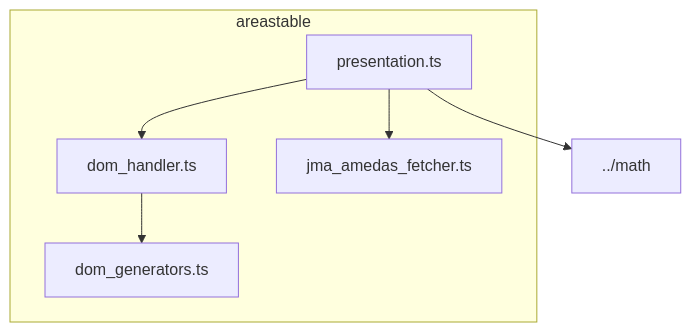
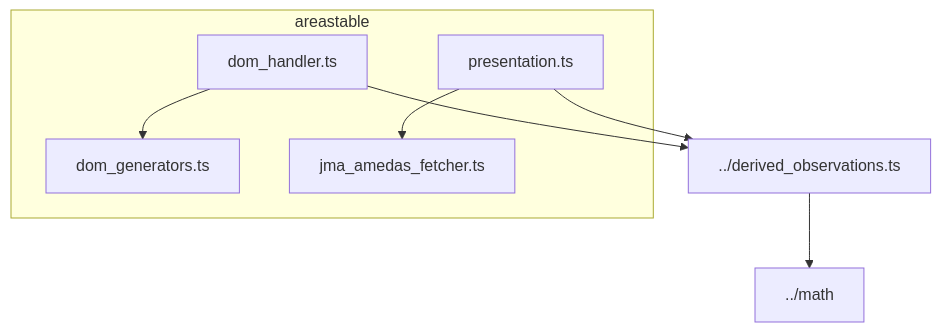
The diagram in src/jma/areastable/README.md (kasutera/enhance_jma_amedas), drawn with Mermaid before and after one commit. The commit also changed other lines of this file and 16 other files, not shown here.

````diff
--- a/src/jma/areastable/README.md
+++ b/src/jma/areastable/README.md
@@ -33,14 +33,15 @@
 ```mermaid
 graph TD
   subgraph areastable
     dom_generators["dom_generators.ts"]
     dom_handler["dom_handler.ts"]
     jma_amedas_fetcher["jma_amedas_fetcher.ts"]
     presentation["presentation.ts"]
   end
 
   dom_handler --> dom_generators
-  presentation --> dom_handler
+  presentation --> derived_observations["../derived_observations.ts"]
   presentation --> jma_amedas_fetcher
-  presentation --> math["../math"]
+  dom_handler --> derived_observations
+  derived_observations --> math["../math"]
 ```
````
